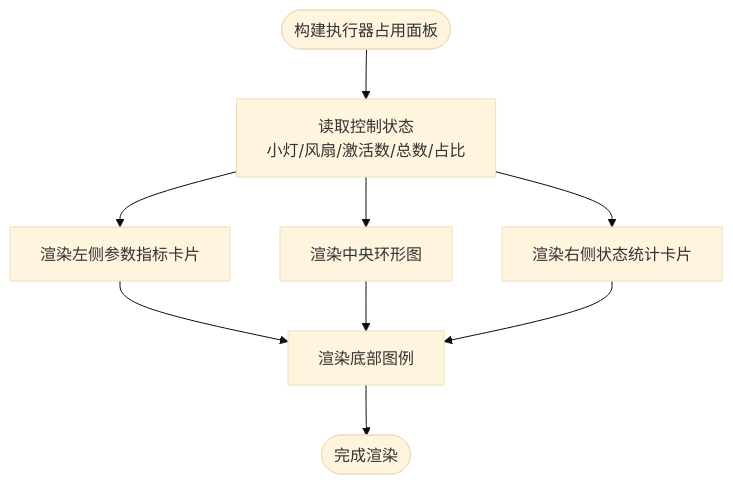
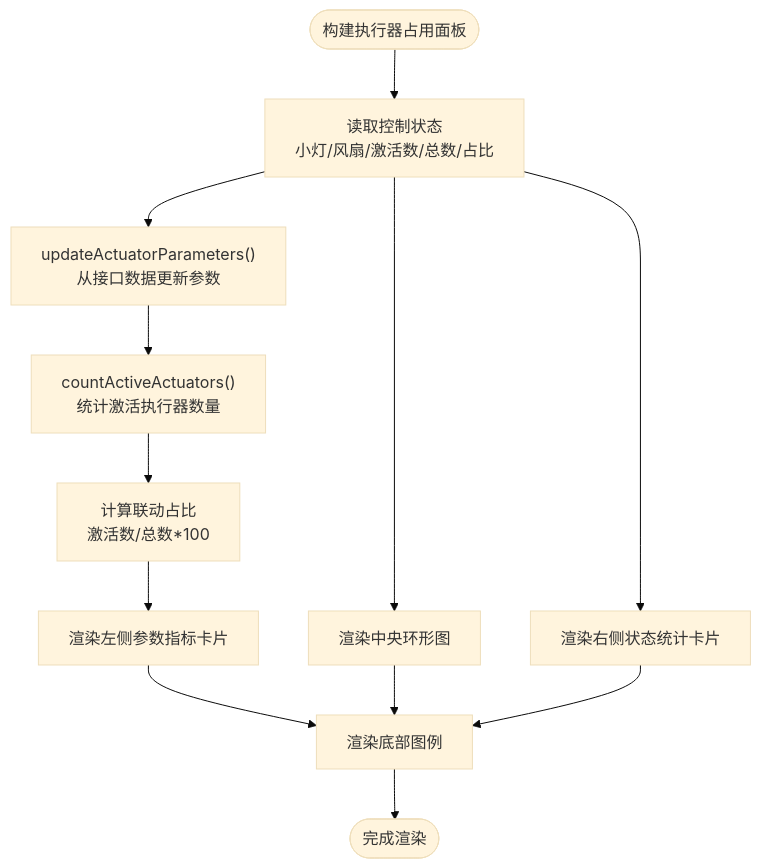
One commit to Neonrey-hub/SmartController changed the third of 9 diagrams in .qoder/repowiki/zh/content/设备管理系统/执行器监控.md. Above: the diagram before and after it, drawn with Mermaid (base theme). The commit also changed other lines of this file and 16 other files, not shown here.

````diff
--- a/.qoder/repowiki/zh/content/设备管理系统/执行器监控.md
+++ b/.qoder/repowiki/zh/content/设备管理系统/执行器监控.md
@@ -167,11 +188,14 @@
 ```mermaid
 flowchart TD
 Start(["构建执行器占用面板"]) --> ReadCS["读取控制状态<br/>小灯/风扇/激活数/总数/占比"]
-ReadCS --> RenderLeft["渲染左侧参数指标卡片"]
+ReadCS --> UpdateParams["updateActuatorParameters()<br/>从接口数据更新参数"]
+UpdateParams --> CalcActive["countActiveActuators()<br/>统计激活执行器数量"]
+CalcActive --> CalcRatio["计算联动占比<br/>激活数/总数*100"]
+CalcRatio --> RenderLeft["渲染左侧参数指标卡片"]
 ReadCS --> RenderCenter["渲染中央环形图"]
 ReadCS --> RenderRight["渲染右侧状态统计卡片"]
 RenderLeft --> Legend["渲染底部图例"]
 RenderCenter --> Legend
 RenderRight --> Legend
 Legend --> End(["完成渲染"])
 ```
````
